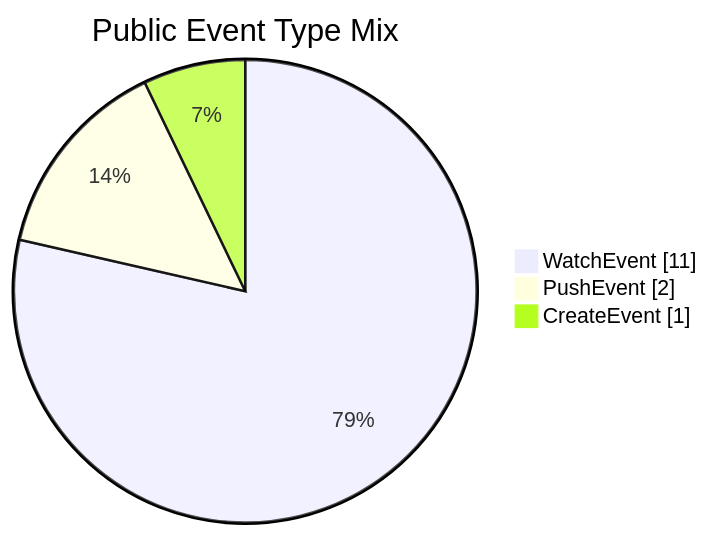
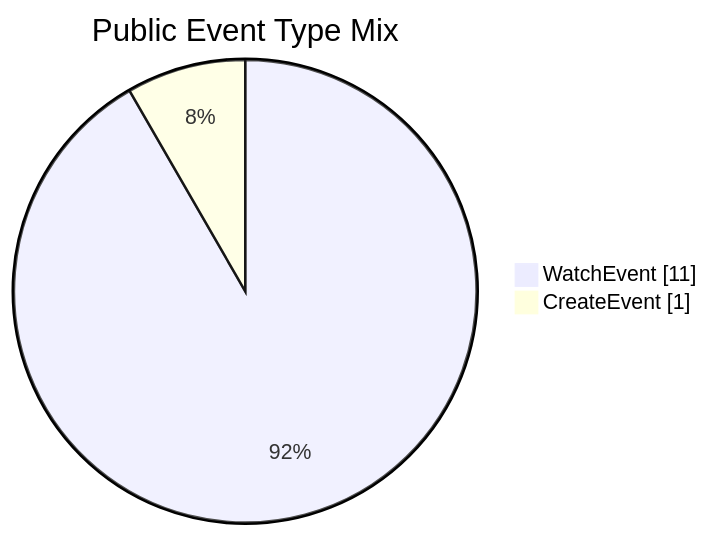
One commit to manhquydev/manhquydev changed the second of 2 diagrams in README.md. Above: the diagram before and after it, drawn with Mermaid. The commit also changed other lines of this file and 4 other files, not shown here.

````diff
--- a/README.md
+++ b/README.md
@@ -137,7 +136,6 @@
 ```mermaid
 pie showData
   title Public Event Type Mix
   "WatchEvent" : 11
-  "PushEvent" : 2
   "CreateEvent" : 1
 ```
````
